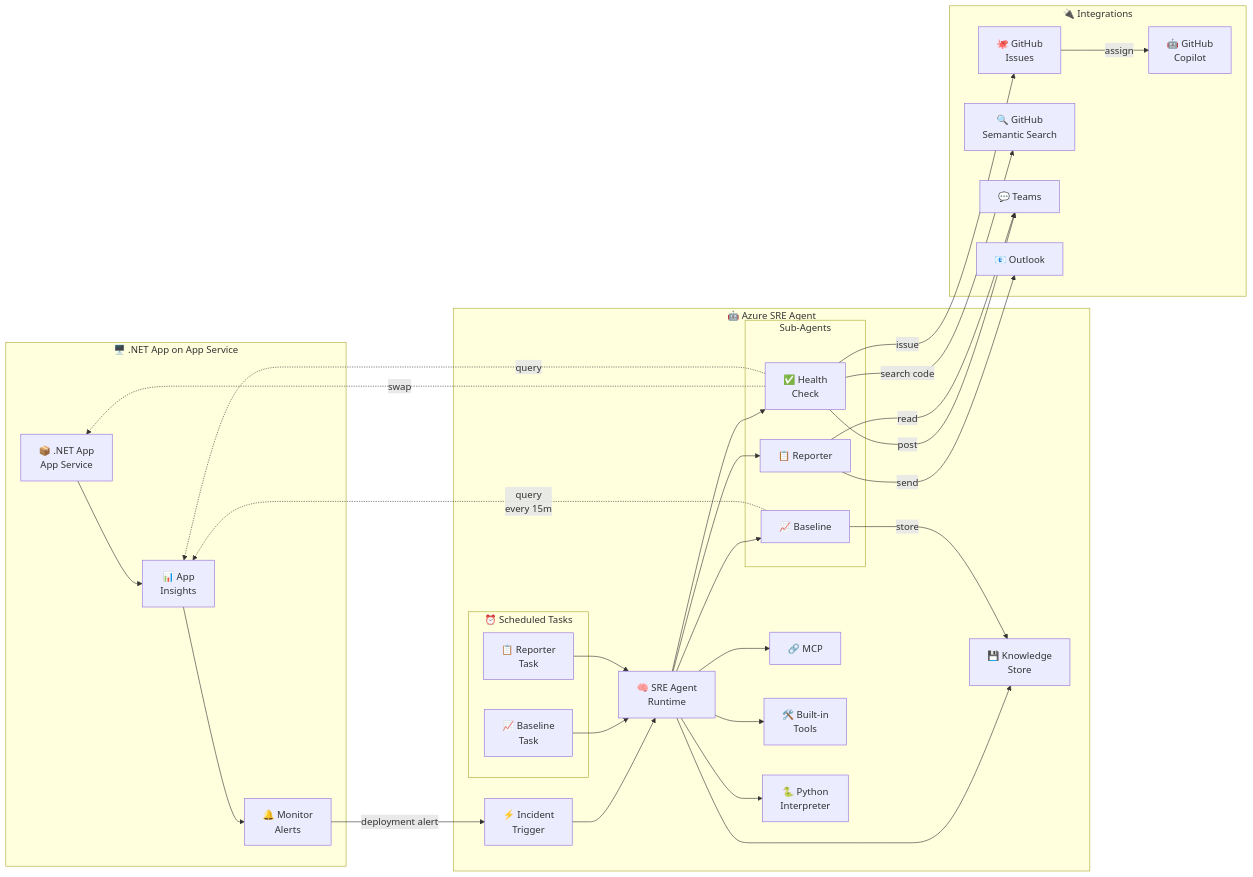
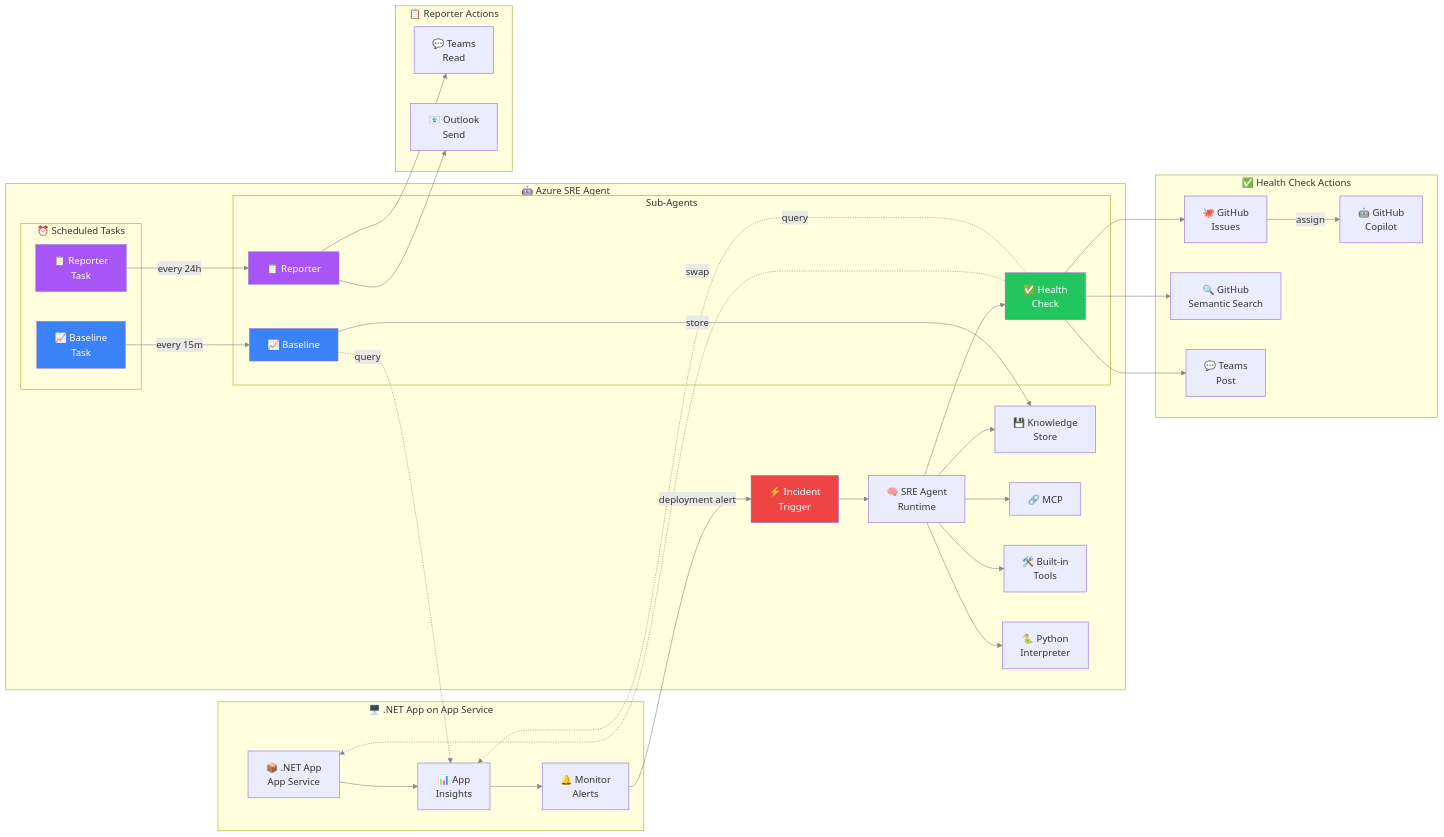
The first of 2 diagrams in README.md (meetshamir/dotnetday), drawn with Mermaid before and after one commit.

Commit message:
Enhance diagram: color-coded sub-agents, scheduled task timings

````diff
--- a/README.md
+++ b/README.md
@@ -52,11 +52,9 @@
         end
         
         INCIDENT --> RUNTIME
-        SCHED_BASELINE --> RUNTIME
-        SCHED_REPORTER --> RUNTIME
-        RUNTIME --> BASELINE
+        SCHED_BASELINE -->|"every 15m"| BASELINE
+        SCHED_REPORTER -->|"every 24h"| REPORTER
         RUNTIME --> HEALTH
-        RUNTIME --> REPORTER
         
         KNOWLEDGE["💾 Knowledge<br/>Store"]
         MCP["🔗 MCP"]
@@ -69,25 +67,45 @@
         RUNTIME --> PYTHON
     end
 
-    subgraph Integrations["🔌 Integrations"]
+    subgraph HealthCheckInt["✅ Health Check Actions"]
         GITHUB["🐙 GitHub<br/>Issues"]
         GHSEARCH["🔍 GitHub<br/>Semantic Search"]
         COPILOT["🤖 GitHub<br/>Copilot"]
-        TEAMS["💬 Teams"]
-        OUTLOOK["📧 Outlook"]
+        TEAMS_POST["💬 Teams<br/>Post"]
     end
 
-    %% Cross-boundary connections
+    subgraph ReporterInt["📋 Reporter Actions"]
+        TEAMS_READ["💬 Teams<br/>Read"]
+        OUTLOOK["📧 Outlook<br/>Send"]
+    end
+
+    %% Style definitions for different flows
+    linkStyle default stroke:#888
+    
+    %% Cross-boundary connections - Alerts (red)
     ALERTS -->|"deployment alert"| INCIDENT
+    
+    %% Health Check flows (green)
     HEALTH -.->|"swap"| APP
     HEALTH -.->|"query"| INSIGHTS
-    BASELINE -.->|"query<br/>every 15m"| INSIGHTS
+    HEALTH --> GITHUB
+    HEALTH --> GHSEARCH
+    GITHUB -->|"assign"| COPILOT
+    HEALTH --> TEAMS_POST
     
+    %% Baseline flows (blue)
+    BASELINE -.->|"query"| INSIGHTS
     BASELINE -->|"store"| KNOWLEDGE
-    HEALTH -->|"issue"| GITHUB
-    HEALTH -->|"search code"| GHSEARCH
-    GITHUB -->|"assign"| COPILOT
-    HEALTH -->|"post"| TEAMS
-    REPORTER -->|"read"| TEAMS
-    REPORTER -->|"send"| OUTLOOK
+    
+    %% Reporter flows (purple)
+    REPORTER --> TEAMS_READ
+    REPORTER --> OUTLOOK
+    
+    %% Styling
+    style HEALTH fill:#22c55e,color:#fff
+    style BASELINE fill:#3b82f6,color:#fff
+    style REPORTER fill:#a855f7,color:#fff
+    style INCIDENT fill:#ef4444,color:#fff
+    style SCHED_BASELINE fill:#3b82f6,color:#fff
+    style SCHED_REPORTER fill:#a855f7,color:#fff
 ```
````
